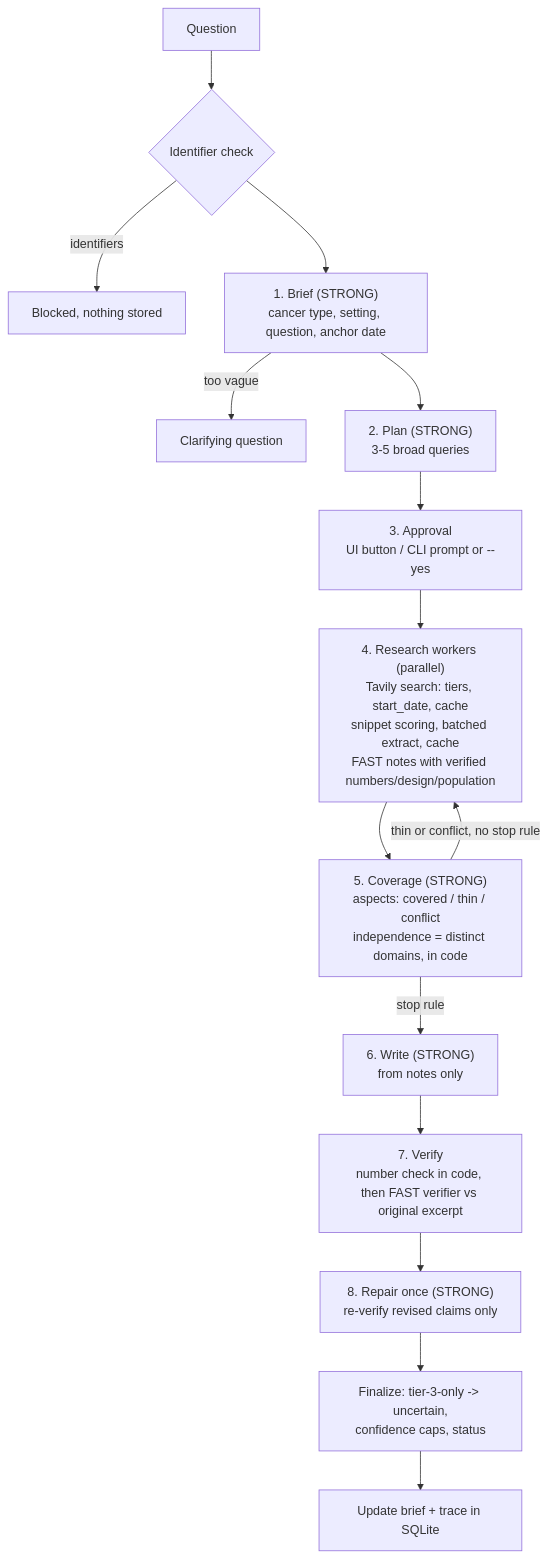
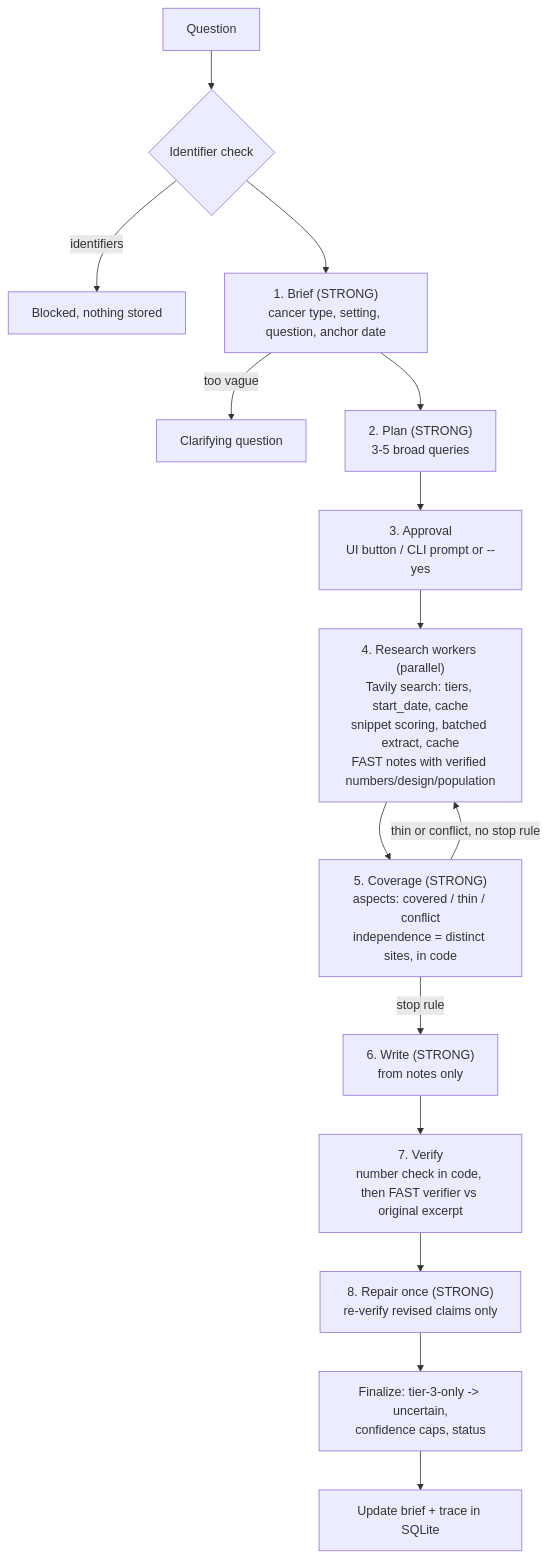
Before and after one commit to Gnana-Shishir-Kumar/gauss-jordan: the diagram in README.md, drawn with Mermaid. The commit also changed other lines of this file and 17 other files, not shown here.

````diff
--- a/README.md
+++ b/README.md
@@ -147,17 +147,17 @@
 ```mermaid
 flowchart TD
     Q[Question] --> P{Identifier check}
     P -- identifiers --> X[Blocked, nothing stored]
     P --> B["1. Brief (STRONG)<br/>cancer type, setting, question, anchor date"]
     B -- too vague --> C[Clarifying question]
     B --> PL["2. Plan (STRONG)<br/>3-5 broad queries"]
     PL --> A[3. Approval<br/>UI button / CLI prompt or --yes]
     A --> R["4. Research workers (parallel)<br/>Tavily search: tiers, start_date, cache<br/>snippet scoring, batched extract, cache<br/>FAST notes with verified numbers/design/population"]
-    R --> CV["5. Coverage (STRONG)<br/>aspects: covered / thin / conflict<br/>independence = distinct domains, in code"]
+    R --> CV["5. Coverage (STRONG)<br/>aspects: covered / thin / conflict<br/>independence = distinct sites, in code"]
     CV -- thin or conflict, no stop rule --> R
     CV -- stop rule --> W["6. Write (STRONG)<br/>from notes only"]
     W --> V["7. Verify<br/>number check in code, then FAST verifier vs original excerpt"]
     V --> RP["8. Repair once (STRONG)<br/>re-verify revised claims only"]
     RP --> F[Finalize: tier-3-only -> uncertain,<br/>confidence caps, status]
     F --> OUT[Update brief + trace in SQLite]
 ```
````
